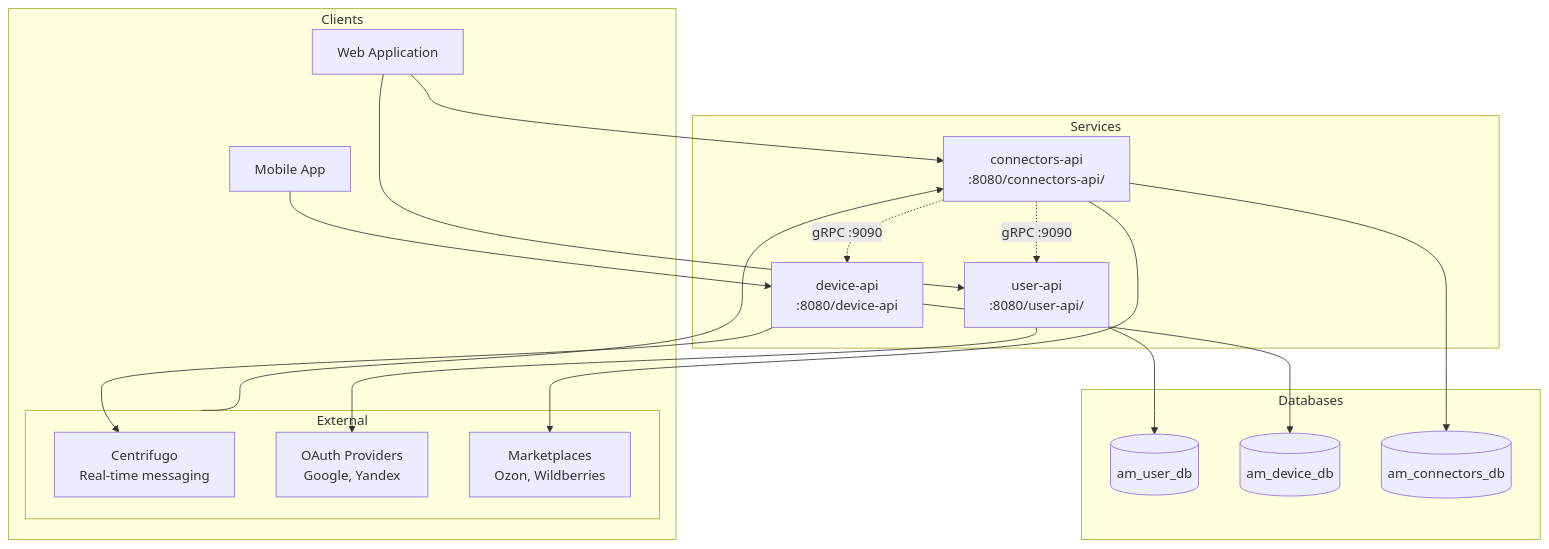
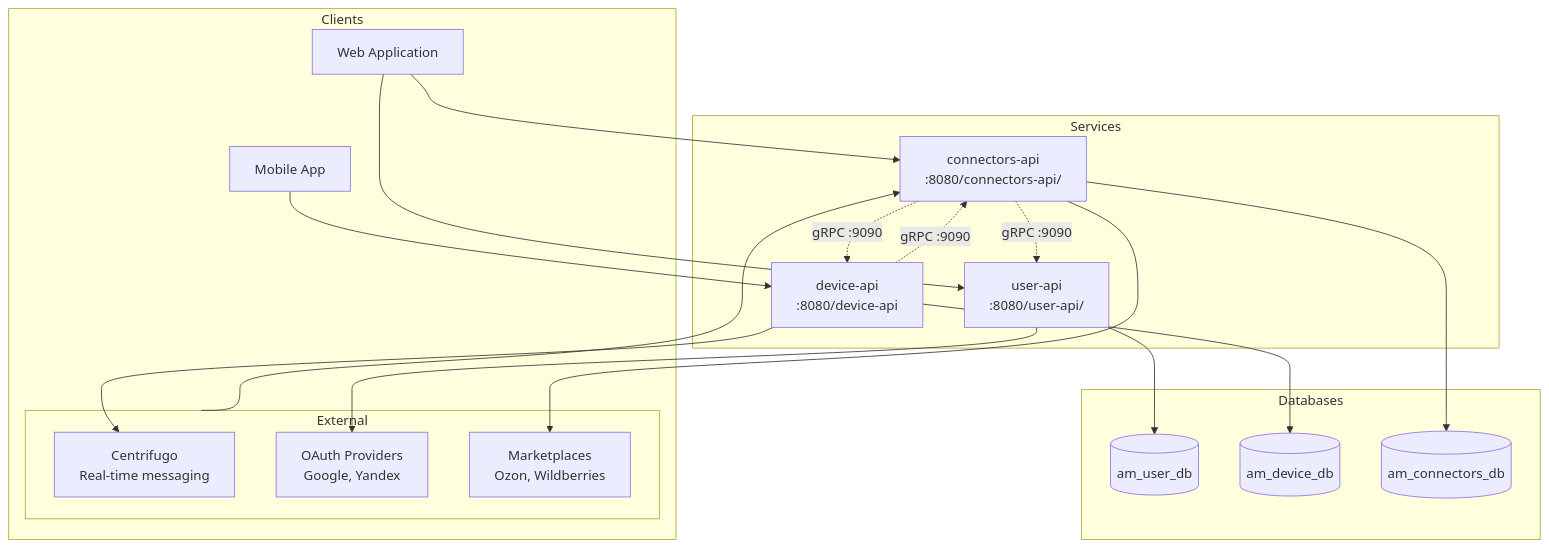
Before and after one commit to AgiMateIo/agimate-backend: the diagram in docs/architecture.md, drawn with Mermaid. The commit also changed other lines of this file and 14 other files, not shown here.

Commit message:
device-api -> connectors-api for wh

````diff
--- a/docs/architecture.md
+++ b/docs/architecture.md
@@ -5,41 +5,42 @@
 ```mermaid
 graph TB
     subgraph "Clients"
         WebApp[Web Application]
         MobileApp[Mobile App]
         External[External Systems]
     end
 
     subgraph "Services"
         UserAPI[user-api<br/>:8080/user-api/]
         DeviceAPI[device-api<br/>:8080/device-api]
         ConnectorsAPI[connectors-api<br/>:8080/connectors-api/]
     end
 
     subgraph "Databases"
         UserDB[(am_user_db)]
         DeviceDB[(am_device_db)]
         ConnectorsDB[(am_connectors_db)]
     end
 
     subgraph "External"
         Centrifugo[Centrifugo<br/>Real-time messaging]
         OAuth[OAuth Providers<br/>Google, Yandex]
         Marketplaces[Marketplaces<br/>Ozon, Wildberries]
     end
 
     WebApp --> UserAPI
     WebApp --> ConnectorsAPI
     MobileApp --> DeviceAPI
     External --> ConnectorsAPI
 
     UserAPI --> UserDB
     DeviceAPI --> DeviceDB
     ConnectorsAPI --> ConnectorsDB
 
     UserAPI --> OAuth
     DeviceAPI --> Centrifugo
     ConnectorsAPI --> Marketplaces
+    DeviceAPI -.->|gRPC :9090| ConnectorsAPI
     ConnectorsAPI -.->|gRPC :9090| DeviceAPI
     ConnectorsAPI -.->|gRPC :9090| UserAPI
 ```
````
